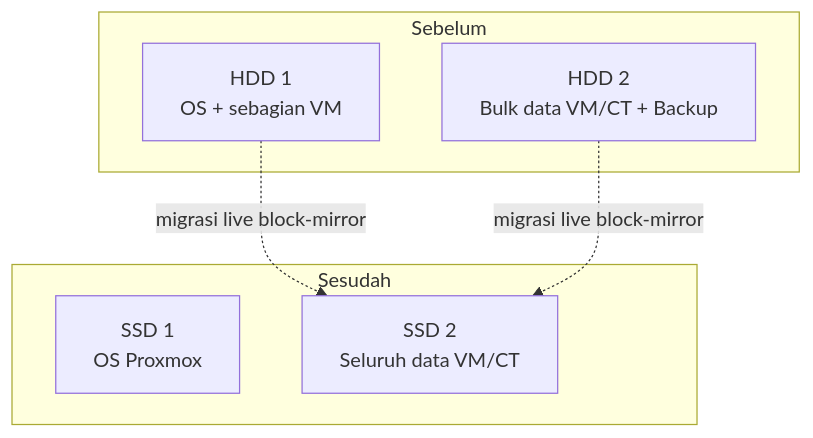
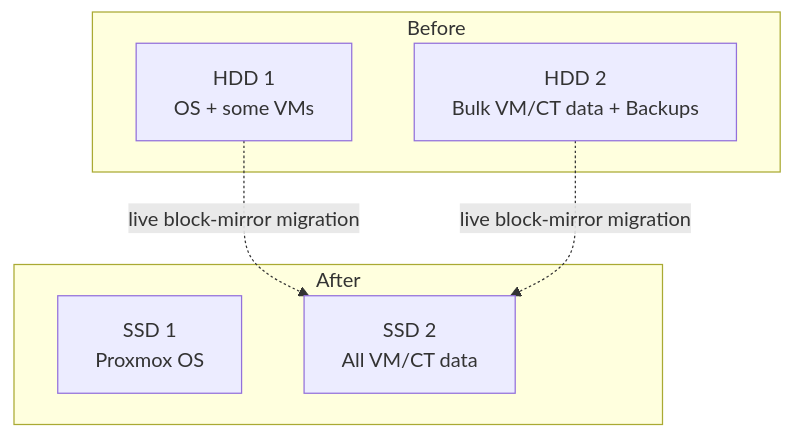
The first of 3 diagrams in README.md (mymy-vonthys/Zero-Downtime-Storage-Migration-HDD-SSD-on-Production-Proxmox-Cluster), drawn with Mermaid before and after one commit. The commit also changed other lines of this file, not shown here.

````diff
--- a/README.md
+++ b/README.md
@@ -56,13 +56,13 @@
 ```mermaid
 graph TB
-    subgraph "Sebelum"
-        A1[HDD 1<br/>OS + sebagian VM] 
-        A2[HDD 2<br/>Bulk data VM/CT + Backup]
+    subgraph "Before"
+        A1[HDD 1<br/>OS + some VMs] 
+        A2[HDD 2<br/>Bulk VM/CT data + Backups]
     end
-    subgraph "Sesudah"
-        B1[SSD 1<br/>OS Proxmox]
-        B2[SSD 2<br/>Seluruh data VM/CT]
+    subgraph "After"
+        B1[SSD 1<br/>Proxmox OS]
+        B2[SSD 2<br/>All VM/CT data]
     end
-    A1 -.migrasi live block-mirror.-> B2
-    A2 -.migrasi live block-mirror.-> B2
+    A1 -.live block-mirror migration.-> B2
+    A2 -.live block-mirror migration.-> B2
 ```
````
